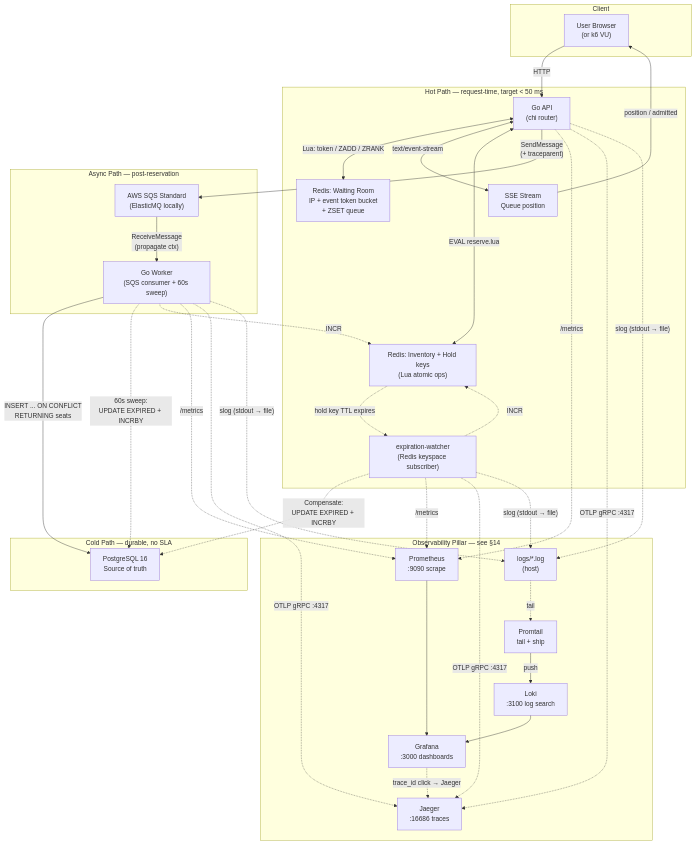
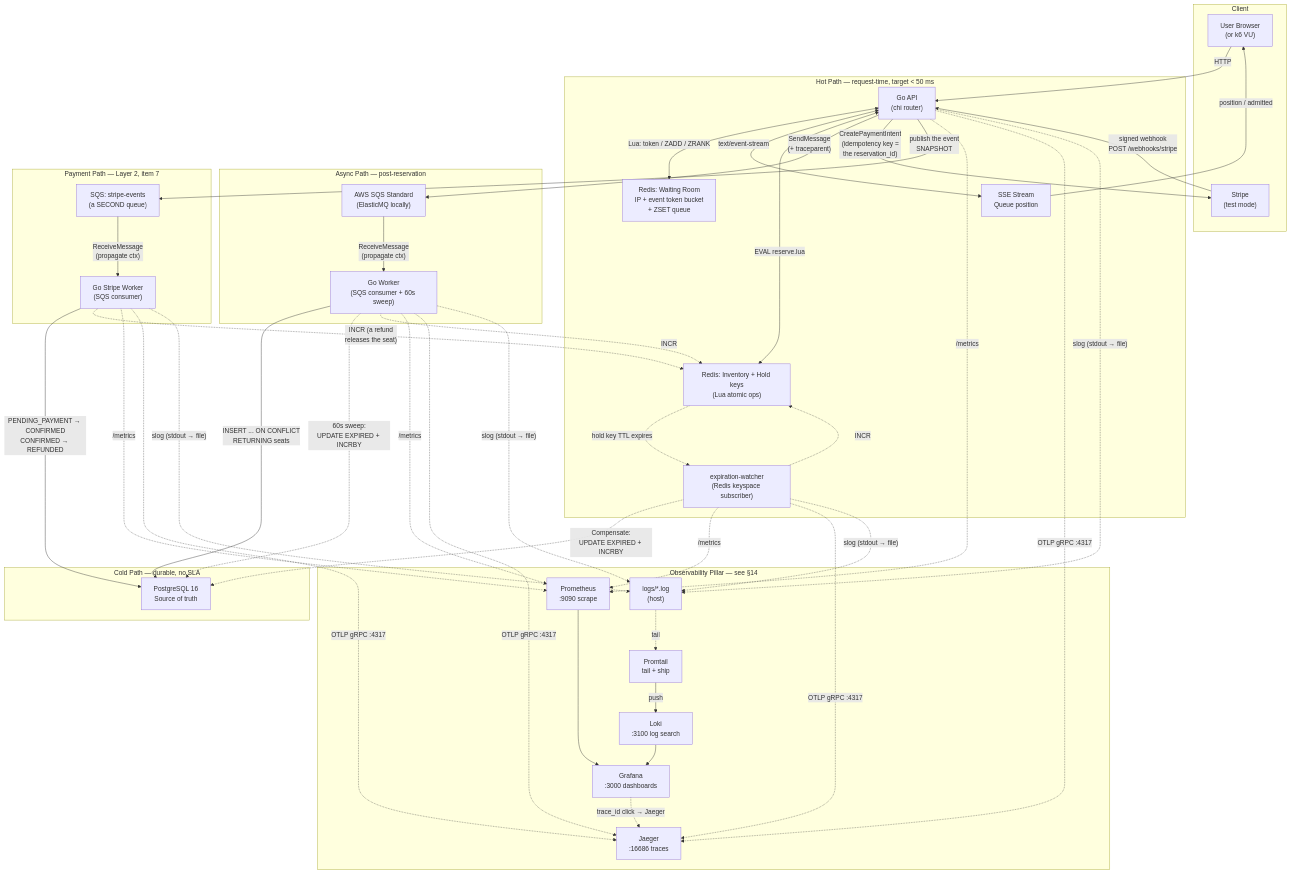
Before and after one commit to emmitt-k/ticket-deal: the first of 14 diagrams in docs/architecture.md, drawn with Mermaid. The commit also changed other lines of this file, not shown here.

First line of the commit message:
docs(architecture): explain how Stripe fits into the architecture

````diff
--- a/docs/architecture.md
+++ b/docs/architecture.md
@@ -57,63 +68,78 @@
 ```mermaid
 graph TB
     subgraph Client["Client"]
         User["User Browser<br/>(or k6 VU)"]
+        Stripe["Stripe<br/>(test mode)"]
     end
 
     subgraph HotPath["Hot Path — request-time, target < 50 ms"]
         API["Go API<br/>(chi router)"]
         RR["Redis: Waiting Room<br/>IP + event token bucket<br/>+ ZSET queue"]
         RI["Redis: Inventory + Hold keys<br/>(Lua atomic ops)"]
         SSE["SSE Stream<br/>Queue position"]
         Watcher["expiration-watcher<br/>(Redis keyspace subscriber)"]
     end
 
     subgraph AsyncPath["Async Path — post-reservation"]
         SQS["AWS SQS Standard<br/>(ElasticMQ locally)"]
         Worker["Go Worker<br/>(SQS consumer + 60s sweep)"]
+    end
+
+    subgraph PaymentPath["Payment Path — Layer 2, item 7"]
+        SQSE["SQS: stripe-events<br/>(a SECOND queue)"]
+        StripeWorker["Go Stripe Worker<br/>(SQS consumer)"]
     end
 
     subgraph ColdPath["Cold Path — durable, no SLA"]
         PG["PostgreSQL 16<br/>Source of truth"]
     end
 
     subgraph Obs["Observability Pillar — see §14"]
         Prom["Prometheus<br/>:9090 scrape"]
         Grafana["Grafana<br/>:3000 dashboards"]
         Jaeger["Jaeger<br/>:16686 traces"]
         Loki["Loki<br/>:3100 log search"]
         Promtail["Promtail<br/>tail + ship"]
         Logs["logs/*.log<br/>(host)"]
     end
 
     User -->|"HTTP"| API
     API <-->|"Lua: token / ZADD / ZRANK"| RR
     API <-->|"text/event-stream"| SSE
     SSE -->|"position / admitted"| User
     API <-->|"EVAL reserve.lua"| RI
     API -->|"SendMessage<br/>(+ traceparent)"| SQS
     SQS -->|"ReceiveMessage<br/>(propagate ctx)"| Worker
     Worker -->|"INSERT ... ON CONFLICT<br/>RETURNING seats"| PG
+    API -->|"CreatePaymentIntent<br/>(idempotency key =<br/>the reservation_id)"| Stripe
+    Stripe -->|"signed webhook<br/>POST /webhooks/stripe"| API
+    API -->|"publish the event<br/>SNAPSHOT"| SQSE
+    SQSE -->|"ReceiveMessage<br/>(propagate ctx)"| StripeWorker
+    StripeWorker -->|"PENDING_PAYMENT → CONFIRMED<br/>CONFIRMED → REFUNDED"| PG
+    StripeWorker -.->|"INCR (a refund<br/>releases the seat)"| RI
     RI -.->|"hold key TTL expires"| Watcher
     Watcher -.->|"Compensate:<br/>UPDATE EXPIRED + INCRBY"| PG
     Watcher -.->|"INCR"| RI
     Worker -.->|"60s sweep:<br/>UPDATE EXPIRED + INCRBY"| PG
     Worker -.->|"INCR"| RI
 
     API -.->|"/metrics"| Prom
     Worker -.->|"/metrics"| Prom
     Watcher -.->|"/metrics"| Prom
+    StripeWorker -.->|"/metrics"| Prom
     Prom --> Grafana
 
     API -.->|"OTLP gRPC :4317"| Jaeger
     Worker -.->|"OTLP gRPC :4317"| Jaeger
     Watcher -.->|"OTLP gRPC :4317"| Jaeger
+    StripeWorker -.->|"OTLP gRPC :4317"| Jaeger
 
     API -.->|"slog (stdout → file)"| Logs
     Worker -.->|"slog (stdout → file)"| Logs
     Watcher -.->|"slog (stdout → file)"| Logs
+    StripeWorker -.->|"slog (stdout → file)"| Logs
     Logs -.->|"tail"| Promtail
     Promtail -->|"push"| Loki
     Loki --> Grafana
     Grafana -.->|"trace_id click → Jaeger"| Jaeger
 ```
````
